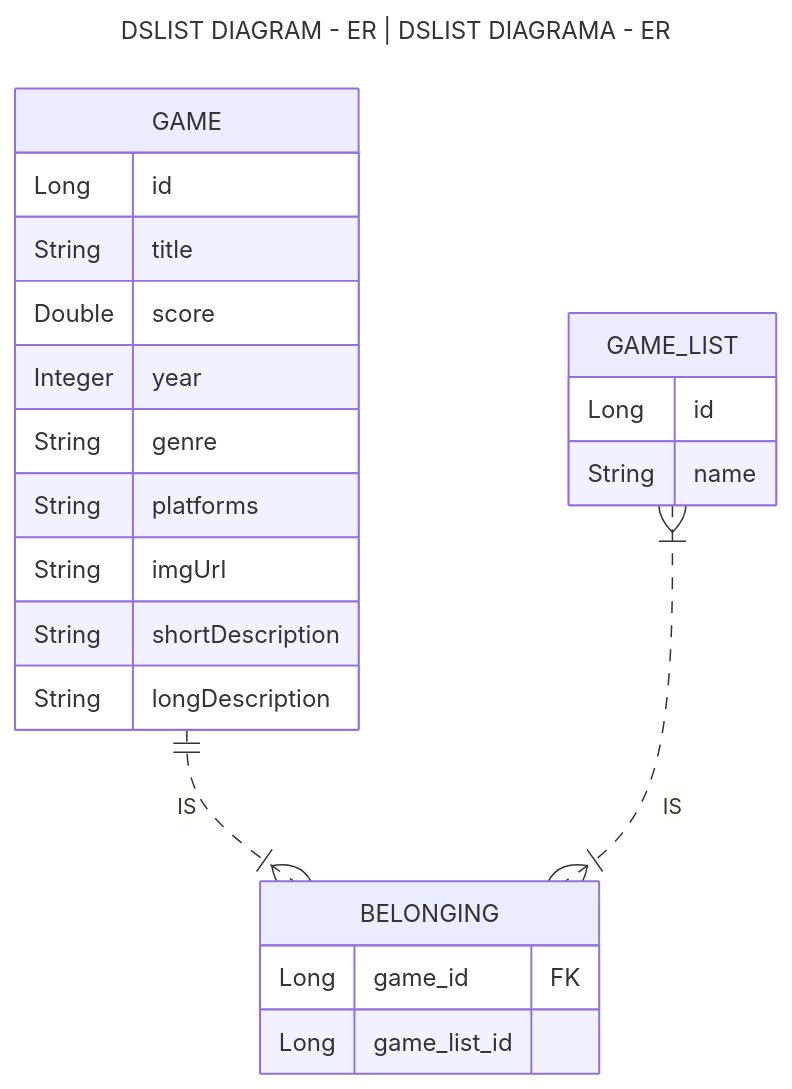
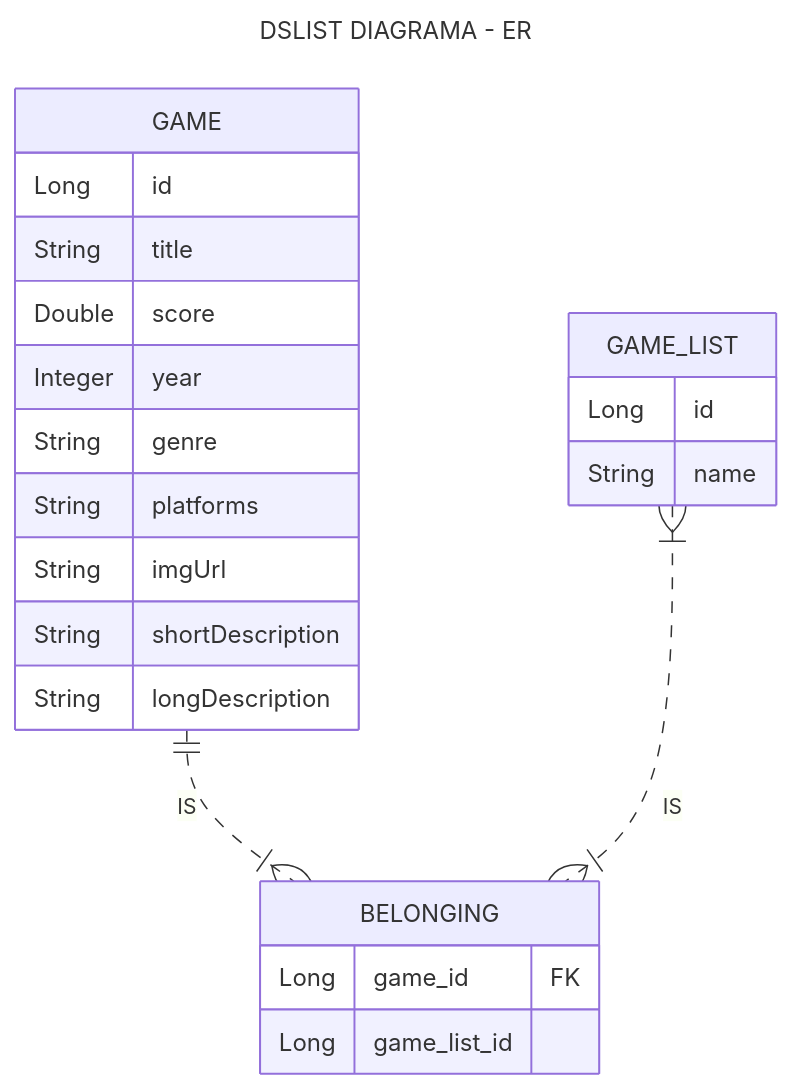
The first of 2 diagrams in README.md (brunoonofre64/dslist), drawn with Mermaid before and after one commit. The commit also changed other lines of this file and 1 other file, not shown here.

`````````diff
--- a/README.md
+++ b/README.md
@@ -116,32 +103,32 @@
 ```````mermaid
 ---
-title: DSLIST DIAGRAM - ER | DSLIST DIAGRAMA - ER
+title: DSLIST DIAGRAMA - ER
 ---
 erDiagram
 GAME ||..|{ BELONGING : IS
 GAME_LIST }|..|{ BELONGING : IS
 
 GAME {
 Long id
 String title
 Double score
 Integer year
 String genre
 String platforms
 String imgUrl
 String shortDescription
 String longDescription
 }
 
 GAME_LIST {
 Long id
 String name
 }
 
 BELONGING {
 Long game_id FK
 Long game_list_id
 }
 
 
 ````````
`````````
